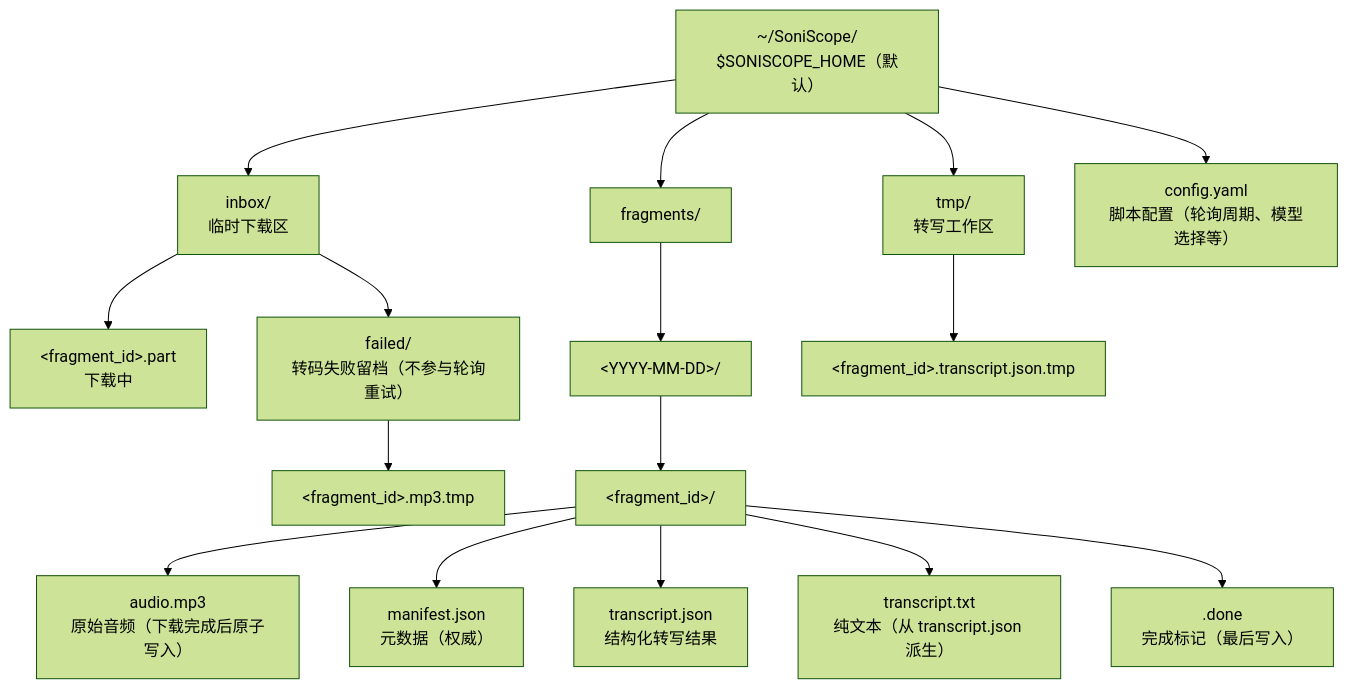
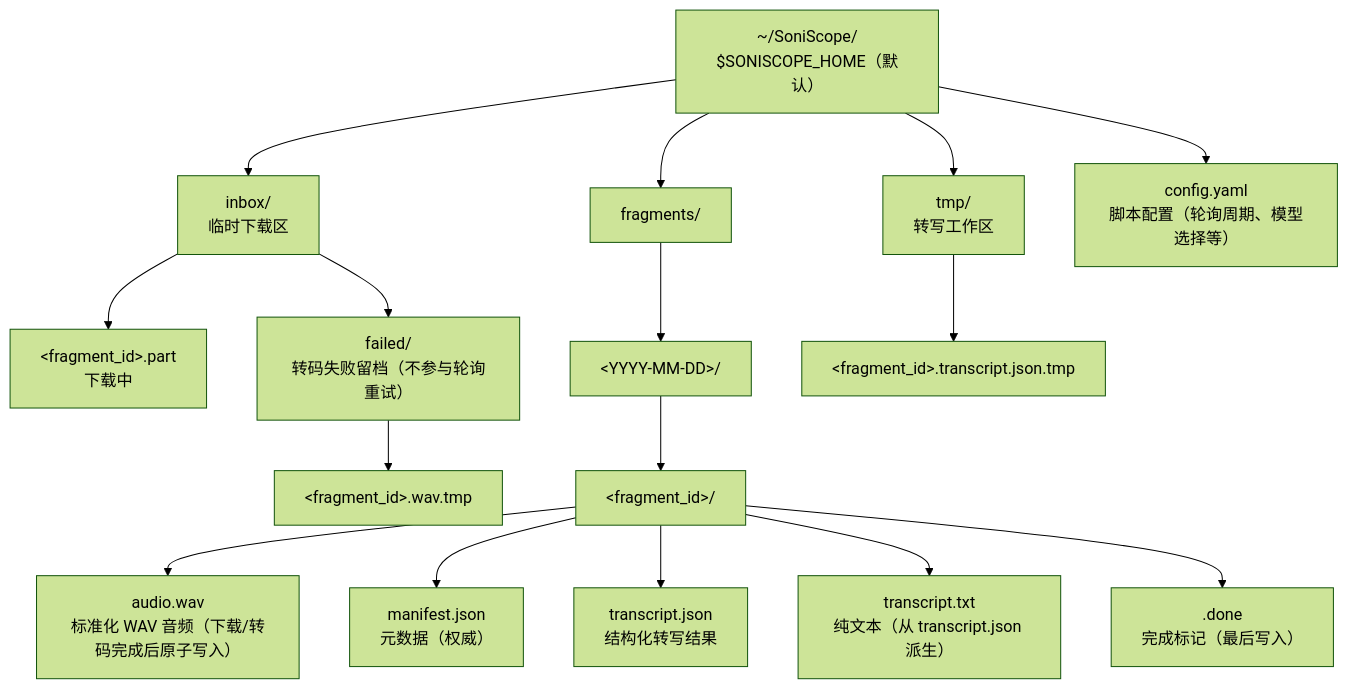
Before and after one commit to PhycheL/Soniscope: the third of 6 diagrams in docs/tech-spec.md, drawn with Mermaid (forest theme). The commit also changed other lines of this file and 1 other file, not shown here.

Commit message:
docs: Update PRD and tech spec to standardize audio formats to WAV, reflecting changes in audio processing and storage strategies. Adjusted acceptance criteria and metadata handling for various audio formats.

````diff
--- a/docs/tech-spec.md
+++ b/docs/tech-spec.md
@@ -114,35 +114,35 @@
 ```mermaid
 flowchart TD
     home["~/SoniScope/<br/>$SONISCOPE_HOME（默认）"]
     inbox["inbox/<br/>临时下载区"]
     part["&lt;fragment_id&gt;.part<br/>下载中"]
     failed["failed/<br/>转码失败留档（不参与轮询重试）"]
-    failedTmp["&lt;fragment_id&gt;.mp3.tmp"]
+    failedTmp["&lt;fragment_id&gt;.wav.tmp"]
     fragments["fragments/"]
     date["&lt;YYYY-MM-DD&gt;/"]
     fragment["&lt;fragment_id&gt;/"]
-    audio["audio.mp3<br/>原始音频（下载完成后原子写入）"]
+    audio["audio.wav<br/>标准化 WAV 音频（下载/转码完成后原子写入）"]
     manifest["manifest.json<br/>元数据（权威）"]
     transcriptJson["transcript.json<br/>结构化转写结果"]
     transcriptTxt["transcript.txt<br/>纯文本（从 transcript.json 派生）"]
     done[".done<br/>完成标记（最后写入）"]
     tmp["tmp/<br/>转写工作区"]
     tmpTranscript["&lt;fragment_id&gt;.transcript.json.tmp"]
     config["config.yaml<br/>脚本配置（轮询周期、模型选择等）"]
 
     home --> inbox
     inbox --> part
     inbox --> failed
     failed --> failedTmp
     home --> fragments
     fragments --> date
     date --> fragment
     fragment --> audio
     fragment --> manifest
     fragment --> transcriptJson
     fragment --> transcriptTxt
     fragment --> done
     home --> tmp
     tmp --> tmpTranscript
     home --> config
 ```
````
